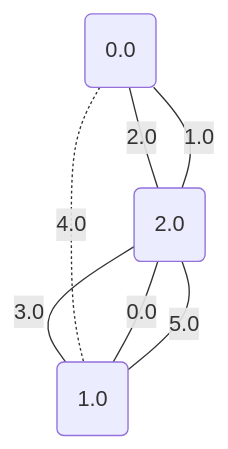
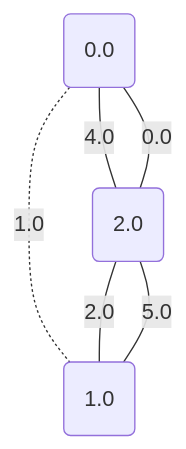
Before and after one commit to metury/graphs: the fourth of 5 diagrams in project/src/testing/minCut.md, drawn with Mermaid. The commit also changed other lines of this file and 6 other files, not shown here.

````diff
--- a/project/src/testing/minCut.md
+++ b/project/src/testing/minCut.md
@@ -66,12 +66,11 @@
 ```mermaid
 graph TD;
 0("0.0");
 1("1.0");
 2("2.0");
-	1 -- "0.0" --- 2;
-	2 -- "1.0" --- 0;
-	0 -- "2.0" --- 2;
-	2 -- "3.0" --- 1;
-	0 -. "4.0" -.- 1;
-	1 -- "5.0" --- 2;
+	2 -- "0.0" --- 0;
+	0 -. "1.0" -.- 1;
+	2 -- "2.0" --- 1;
+	0 -- "4.0" --- 2;
+	2 -- "5.0" --- 1;
 ```
````
